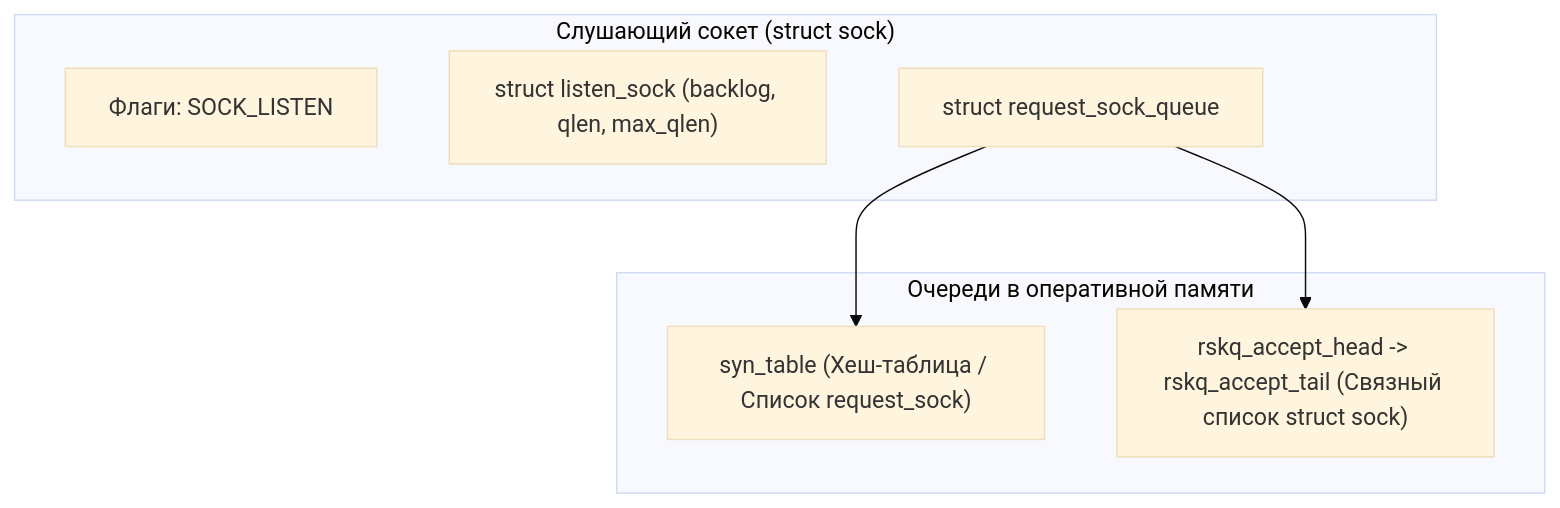
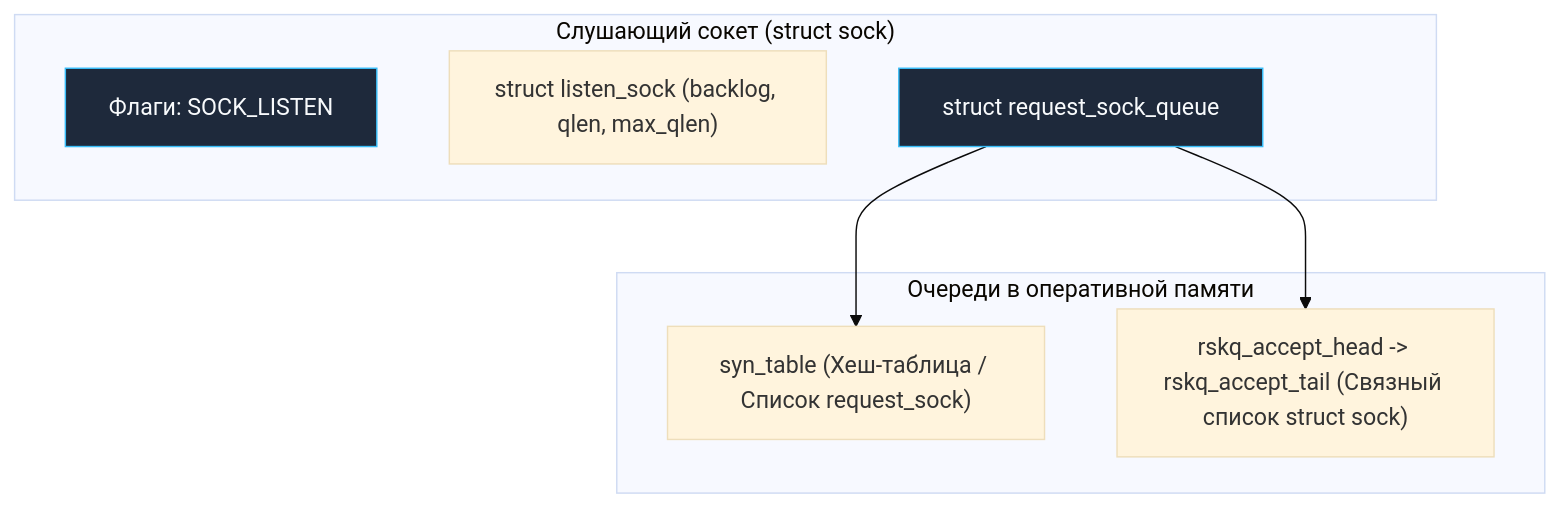
Before and after one commit to UnrealTemplier/go-textbook: the third of 3 diagrams in sources/2. Устройство и работа ОС/49. Backlog, SYN Queue и Accept Queue.md, drawn with Mermaid (base theme). The commit also changed other lines of this file and 1666 other files, not shown here.

First line of the commit message:
feat(mermaid): add semantic color classDef to 1369 colorless flowchart/graph diagrams

````diff
--- a/sources/2. Устройство и работа ОС/49. Backlog, SYN Queue и Accept Queue.md
+++ b/sources/2. Устройство и работа ОС/49. Backlog, SYN Queue и Accept Queue.md
@@ -83,16 +93,26 @@
 ```mermaid
 flowchart TD
+    classDef process  fill:#1e293b,stroke:#38bdf8,stroke-width:1px,color:#f8fafc
+    classDef success  fill:#064e3b,stroke:#34d399,stroke-width:1px,color:#f8fafc
+    classDef error    fill:#7f1d1d,stroke:#f87171,stroke-width:1px,color:#f8fafc
+    classDef warning  fill:#78350f,stroke:#fbbf24,stroke-width:1px,color:#f8fafc
+    classDef entry    fill:#1e3a5f,stroke:#38bdf8,stroke-width:2px,color:#f8fafc
+    classDef aux      fill:#334155,stroke:#64748b,stroke-width:1px,color:#f8fafc
+    classDef system   fill:#312e81,stroke:#a78bfa,stroke-width:1px,color:#f8fafc
+    classDef data     fill:#132d29,stroke:#2dd4bf,stroke-width:1px,color:#f8fafc
+    classDef network  fill:#881337,stroke:#fb7185,stroke-width:1px,color:#f8fafc
+    classDef accent   fill:#1e1b4b,stroke:#818cf8,stroke-width:1px,color:#f8fafc
     subgraph ListenSocket["Слушающий сокет (struct sock)"]
-        Flags["Флаги: SOCK_LISTEN"]
+        Flags["Флаги: SOCK_LISTEN"]:::process
         ListenSock["struct listen_sock (backlog, qlen, max_qlen)"]
-        ReqQueue["struct request_sock_queue"]
+        ReqQueue["struct request_sock_queue"]:::process
     end
 
     subgraph QueuesMemory["Очереди в оперативной памяти"]
         SynTable["syn_table (Хеш-таблица / Список request_sock)"]
         AcceptList["rskq_accept_head -> rskq_accept_tail (Связный список struct sock)"]
     end
 
     ReqQueue --> SynTable
     ReqQueue --> AcceptList
 ```
````
